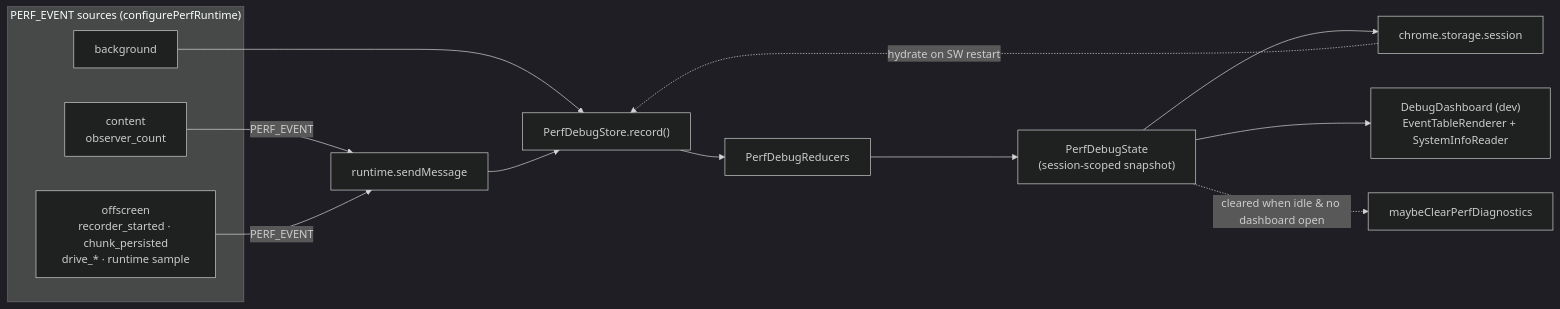
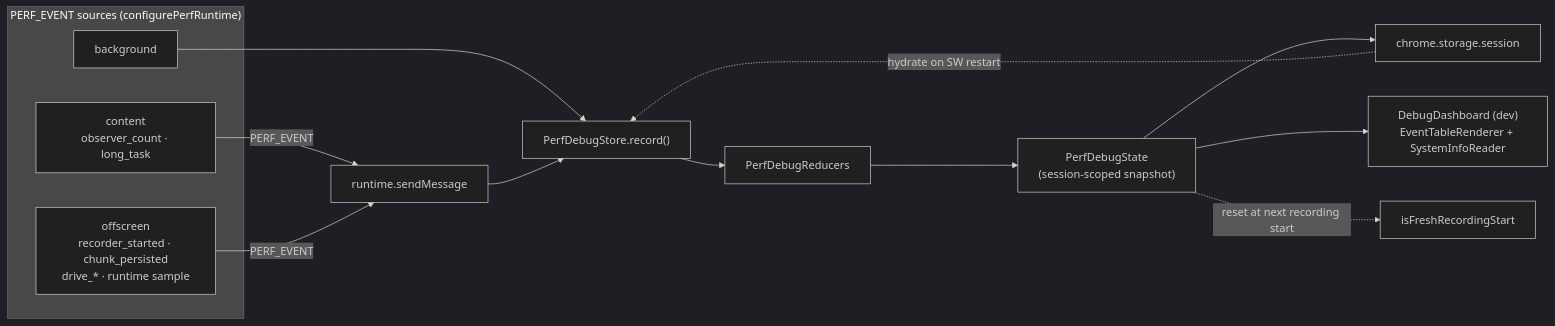
The sixth of 6 diagrams in README.md (kstroevsky/chrome-meeting-recording-extension), drawn with Mermaid (dark theme) before and after one commit. The commit also changed other lines of this file and 6 other files, not shown here.

````diff
--- a/README.md
+++ b/README.md
@@ -1006,18 +1015,18 @@
 ```mermaid
 flowchart LR
     subgraph SRC["PERF_EVENT sources (configurePerfRuntime)"]
-        CS["content<br/>observer_count"]
+        CS["content<br/>observer_count · long_task"]
         OS["offscreen<br/>recorder_started · chunk_persisted<br/>drive_* · runtime sample"]
         BG["background"]
     end
     CS -->|PERF_EVENT| RT["runtime.sendMessage"]
     OS -->|PERF_EVENT| RT
     BG --> STORE
     RT --> STORE["PerfDebugStore.record()"]
     STORE --> RED["PerfDebugReducers"]
     RED --> ST["PerfDebugState<br/>(session-scoped snapshot)"]
     ST --> PERSIST["chrome.storage.session"]
     ST --> DASH["DebugDashboard (dev)<br/>EventTableRenderer + SystemInfoReader"]
     PERSIST -.->|hydrate on SW restart| STORE
-    ST -.->|cleared when idle & no dashboard open| X["maybeClearPerfDiagnostics"]
+    ST -.->|reset at next recording start| X["isFreshRecordingStart"]
 ```
````
